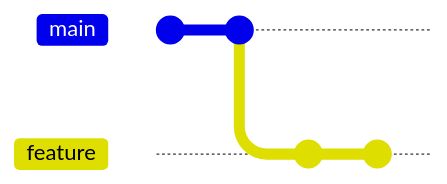
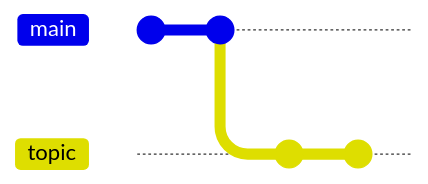
One commit to int128/update-generated-files-action changed the second of 2 diagrams in README.md. Above: the diagram before and after it, drawn with Mermaid. The commit also changed other lines of this file, not shown here. Commit ids are hidden.

````diff
--- a/README.md
+++ b/README.md
@@ -80,9 +81,9 @@
 ```mermaid
 gitGraph
-  commit
-  commit
+  commit id:"_"
+  commit id: "PR base"
   checkout main
-  branch feature
-  commit id:"Your change"
+  branch topic
+  commit id:"PR head"
   commit id:"Added by this action"
 ```
````
